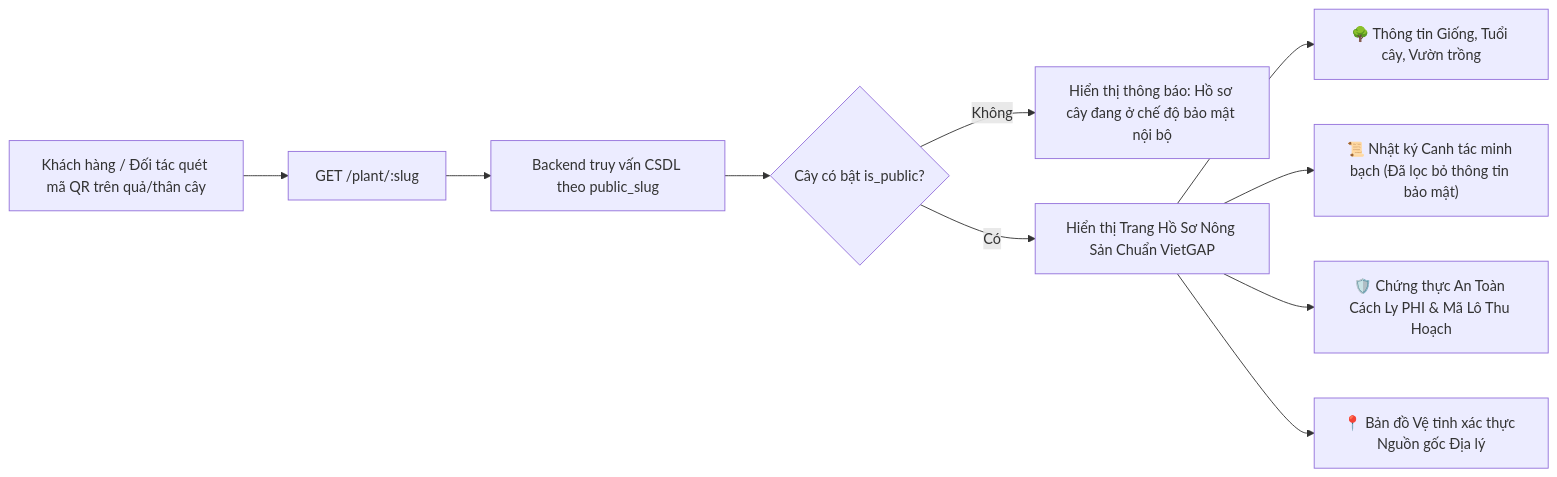
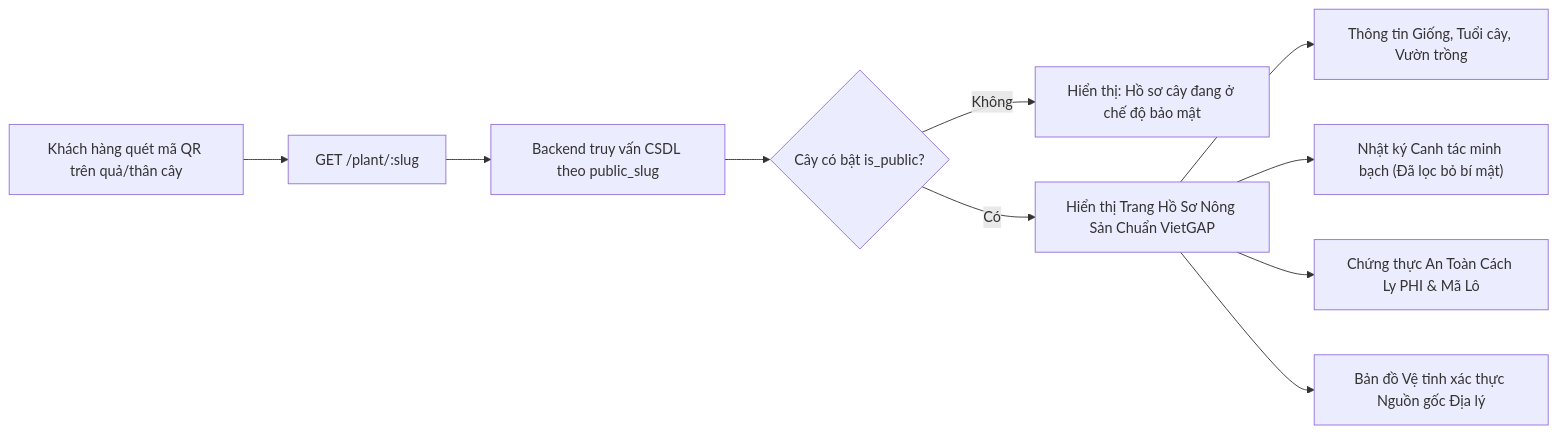
Before and after one commit to Phuc0901-pp/plant-book: the sixth of 6 diagrams in README.md, drawn with Mermaid. The commit also changed other lines of this file, not shown here.

Commit message:
fix(docs): fix Mermaid diagram syntax and layout compatibility for GitHub rendering

````diff
--- a/README.md
+++ b/README.md
@@ -284,14 +281,14 @@
 ```mermaid
 flowchart LR
-    QR[Khách hàng / Đối tác quét mã QR trên quả/thân cây] --> URL["GET /plant/:slug"]
-    URL --> Query[Backend truy vấn CSDL theo public_slug]
-    Query --> CheckPub{Cây có bật is_public?}
+    QR["Khách hàng quét mã QR trên quả/thân cây"] --> URL["GET /plant/:slug"]
+    URL --> Query["Backend truy vấn CSDL theo public_slug"]
+    Query --> CheckPub{"Cây có bật is_public?"}
     
-    CheckPub -->|Không| Deny["Hiển thị thông báo: Hồ sơ cây đang ở chế độ bảo mật nội bộ"]
-    CheckPub -->|Có| Render["Hiển thị Trang Hồ Sơ Nông Sản Chuẩn VietGAP"]
+    CheckPub -->|"Không"| Deny["Hiển thị: Hồ sơ cây đang ở chế độ bảo mật"]
+    CheckPub -->|"Có"| Render["Hiển thị Trang Hồ Sơ Nông Sản Chuẩn VietGAP"]
     
-    Render --> D1["🌳 Thông tin Giống, Tuổi cây, Vườn trồng"]
-    Render --> D2["📜 Nhật ký Canh tác minh bạch (Đã lọc bỏ thông tin bảo mật)"]
-    Render --> D3["🛡️ Chứng thực An Toàn Cách Ly PHI & Mã Lô Thu Hoạch"]
-    Render --> D4["📍 Bản đồ Vệ tinh xác thực Nguồn gốc Địa lý"]
+    Render --> D1["Thông tin Giống, Tuổi cây, Vườn trồng"]
+    Render --> D2["Nhật ký Canh tác minh bạch (Đã lọc bỏ bí mật)"]
+    Render --> D3["Chứng thực An Toàn Cách Ly PHI & Mã Lô"]
+    Render --> D4["Bản đồ Vệ tinh xác thực Nguồn gốc Địa lý"]
 ```
````
